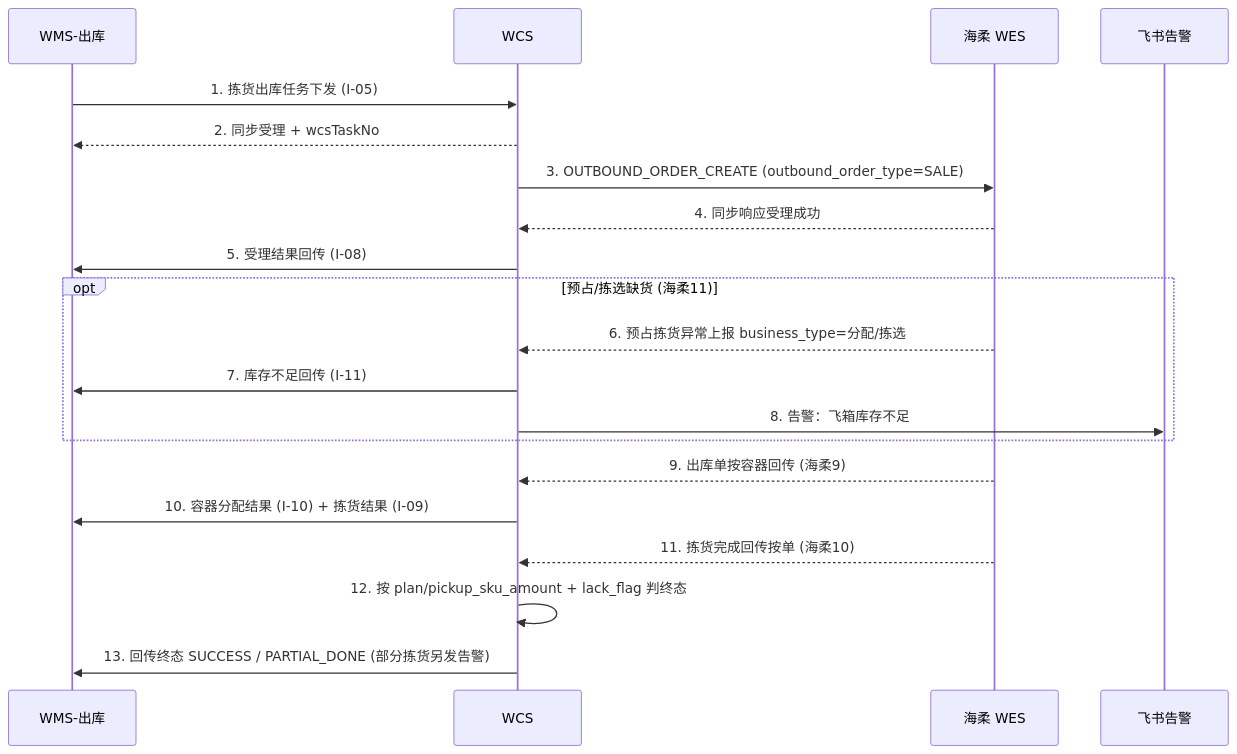
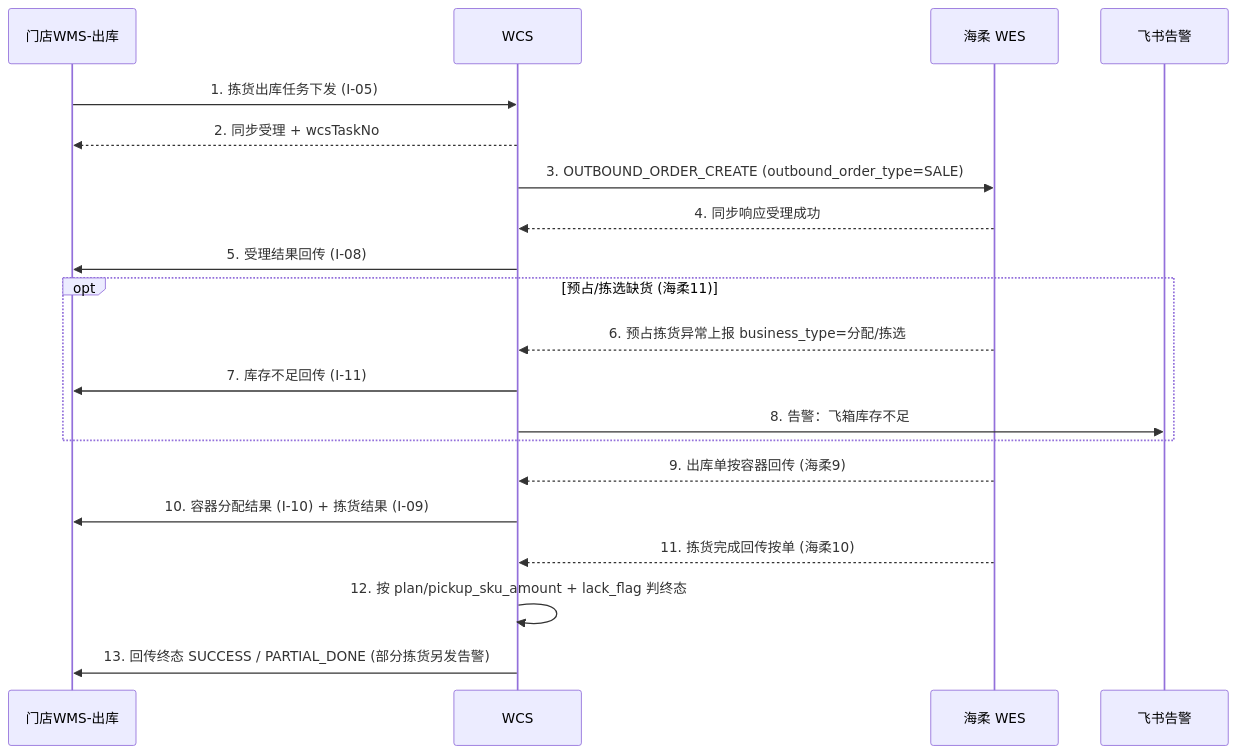
One commit to generous-jiang/jiangzw changed the second of 5 diagrams in docs/wcs/WCS子PRD_台州海柔飞箱项目.md. Above: the diagram before and after it, drawn with Mermaid. The commit also changed other lines of this file and 9 other files, not shown here.

````diff
--- a/docs/wcs/WCS子PRD_台州海柔飞箱项目.md
+++ b/docs/wcs/WCS子PRD_台州海柔飞箱项目.md
@@ -185,22 +194,22 @@
 ```mermaid
 sequenceDiagram
-    participant WMS as WMS-出库
+    participant WMS as 门店WMS-出库
     participant WCS as WCS
     participant WES as 海柔 WES
     participant FS as 飞书告警
     WMS->>WCS: 1. 拣货出库任务下发 (I-05)
     WCS-->>WMS: 2. 同步受理 + wcsTaskNo
     WCS->>WES: 3. OUTBOUND_ORDER_CREATE (outbound_order_type=SALE)
     WES-->>WCS: 4. 同步响应受理成功
     WCS->>WMS: 5. 受理结果回传 (I-08)
     opt 预占/拣选缺货 (海柔11)
         WES-->>WCS: 6. 预占拣货异常上报 business_type=分配/拣选
         WCS->>WMS: 7. 库存不足回传 (I-11)
         WCS->>FS: 8. 告警：飞箱库存不足
     end
     WES-->>WCS: 9. 出库单按容器回传 (海柔9)
     WCS->>WMS: 10. 容器分配结果 (I-10) + 拣货结果 (I-09)
     WES-->>WCS: 11. 拣货完成回传按单 (海柔10)
     WCS->>WCS: 12. 按 plan/pickup_sku_amount + lack_flag 判终态
     WCS->>WMS: 13. 回传终态 SUCCESS / PARTIAL_DONE (部分拣货另发告警)
 ```
````
